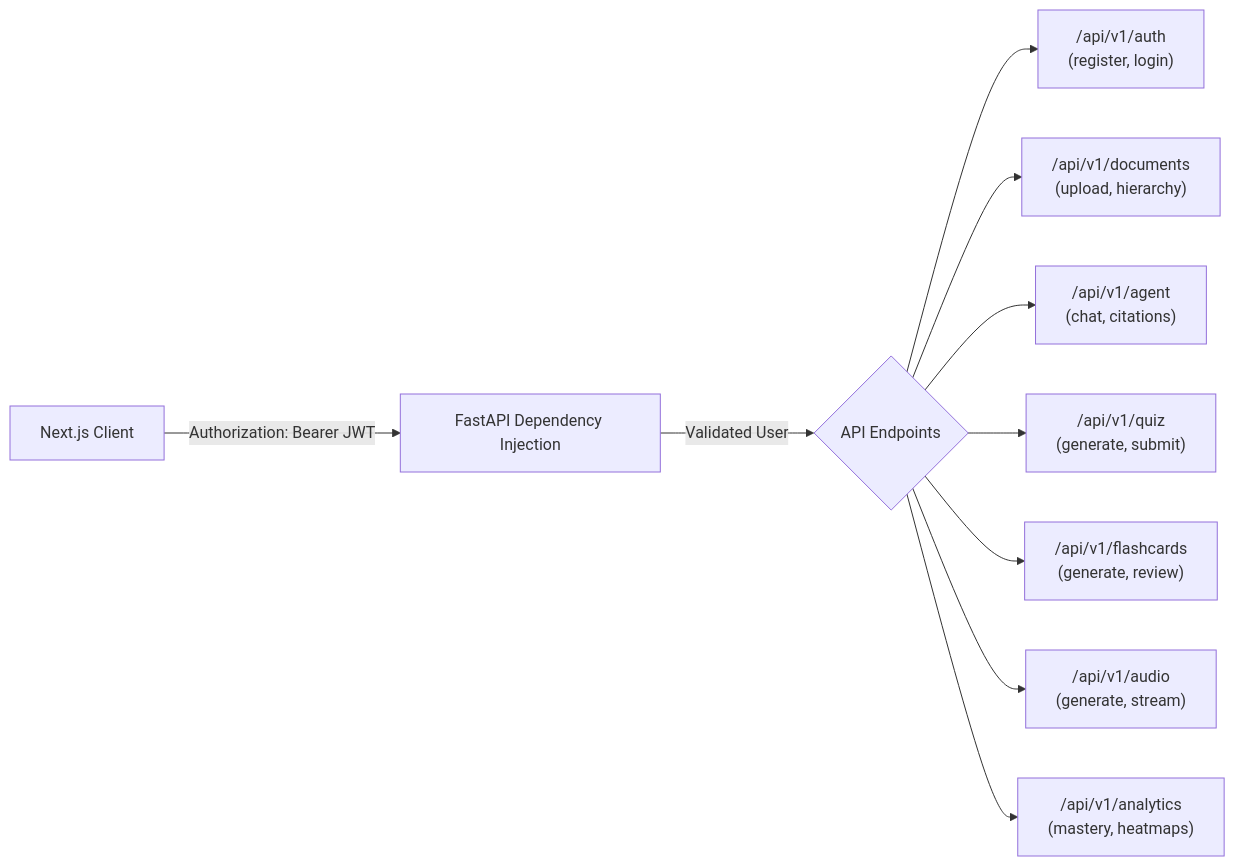
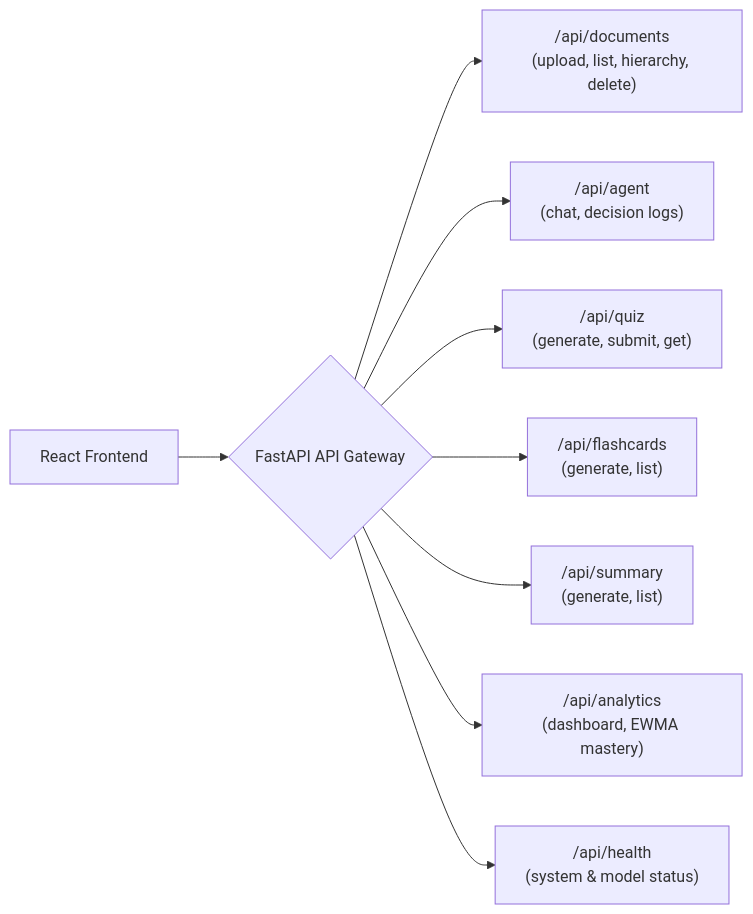
One commit to varun16-dev/Cognivora-AI changed the eighth of 10 diagrams in README.md. Above: the diagram before and after it, drawn with Mermaid. The commit also changed other lines of this file and 55 other files, not shown here.

Commit message:
feat: complete Capabl 8-week deliverables, multi-agent RAG backend, React dashboard, and test suites

````diff
--- a/README.md
+++ b/README.md
@@ -441,13 +346,12 @@
 ```mermaid
 flowchart LR
-    Client["Next.js Client"] -->|Authorization: Bearer JWT| AuthDep["FastAPI Dependency Injection"]
-    AuthDep -->|Validated User| Endpoints{"API Endpoints"}
+    Client["React Frontend"] --> Endpoints{"FastAPI API Gateway"}
 
-    Endpoints --> AuthRoutes["/api/v1/auth<br/>(register, login)"]
-    Endpoints --> DocRoutes["/api/v1/documents<br/>(upload, hierarchy)"]
-    Endpoints --> AgentRoutes["/api/v1/agent<br/>(chat, citations)"]
-    Endpoints --> QuizRoutes["/api/v1/quiz<br/>(generate, submit)"]
-    Endpoints --> CardRoutes["/api/v1/flashcards<br/>(generate, review)"]
-    Endpoints --> AudioRoutes["/api/v1/audio<br/>(generate, stream)"]
-    Endpoints --> AnalyticsRoutes["/api/v1/analytics<br/>(mastery, heatmaps)"]
+    Endpoints --> DocRoutes["/api/documents<br/>(upload, list, hierarchy, delete)"]
+    Endpoints --> AgentRoutes["/api/agent<br/>(chat, decision logs)"]
+    Endpoints --> QuizRoutes["/api/quiz<br/>(generate, submit, get)"]
+    Endpoints --> CardRoutes["/api/flashcards<br/>(generate, list)"]
+    Endpoints --> SummaryRoutes["/api/summary<br/>(generate, list)"]
+    Endpoints --> AnalyticsRoutes["/api/analytics<br/>(dashboard, EWMA mastery)"]
+    Endpoints --> HealthRoutes["/api/health<br/>(system & model status)"]
 ```
````
